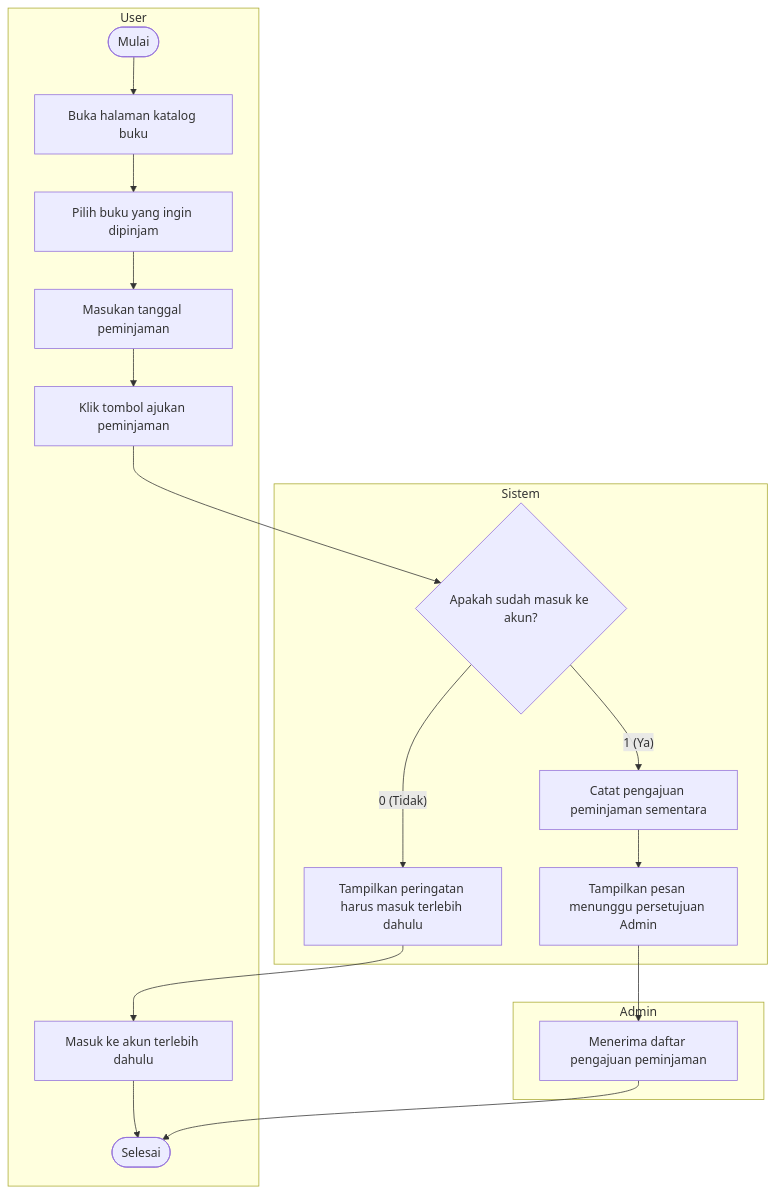
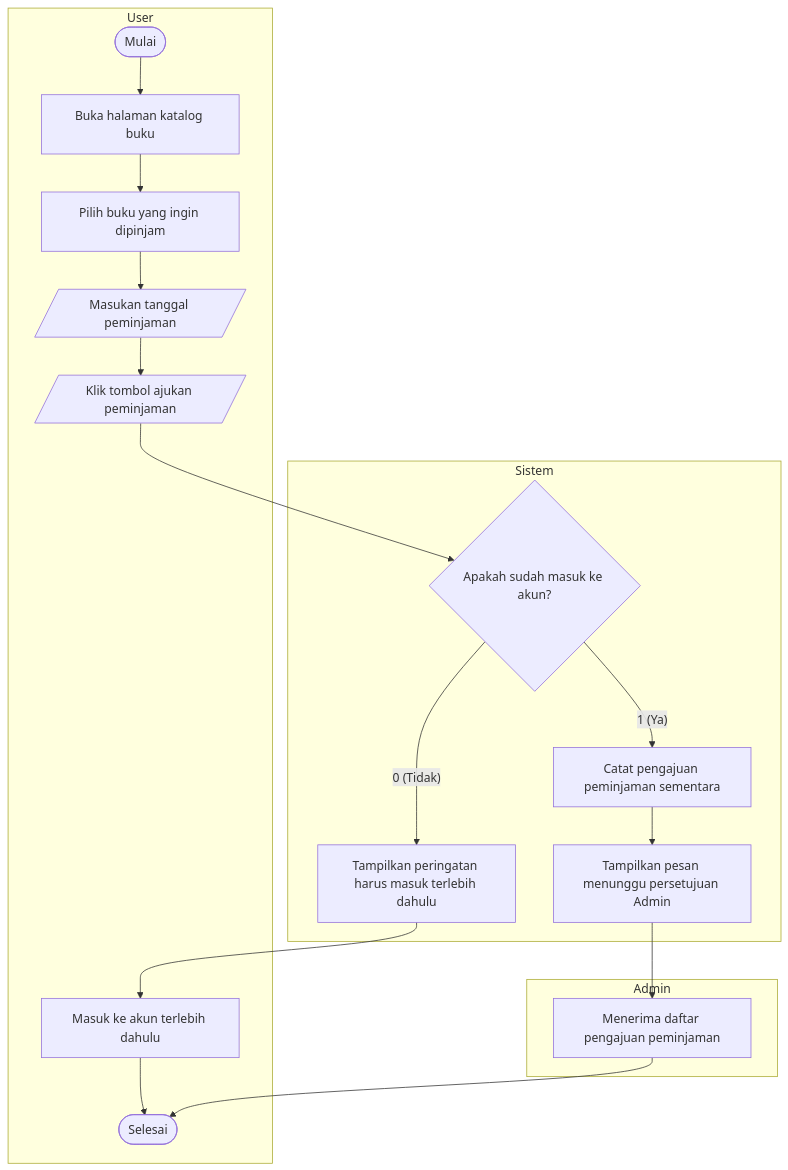
The diagram in docs/uml/src/diagrams/list-diagrams/activity-peminjaman.mmd (dimstyle/ruang-baca), drawn with Mermaid before and after one commit. The commit also changed 78 other files, not shown here.

Commit message:
docs(uml): use parallelogram shape for input and button actions in flowchart and activity diagrams

```diff
--- a/docs/uml/src/diagrams/list-diagrams/activity-peminjaman.mmd
+++ b/docs/uml/src/diagrams/list-diagrams/activity-peminjaman.mmd
@@ -1,21 +1,21 @@
 flowchart TD
     subgraph User["User"]
         start(["Mulai"]) --> openCatalog["Buka halaman katalog buku"]
         openCatalog --> selectBook["Pilih buku yang ingin dipinjam"]
-        selectBook --> inputDate["Masukan tanggal peminjaman"]
-        inputDate --> clickSubmit["Klik tombol ajukan peminjaman"]
+        selectBook --> inputDate[/"Masukan tanggal peminjaman"/]
+        inputDate --> clickSubmit[/"Klik tombol ajukan peminjaman"/]
         toLogin["Masuk ke akun terlebih dahulu"] --> finish(["Selesai"])
     end
 
     subgraph Sistem["Sistem"]
         clickSubmit --> checkLogged{"Apakah sudah masuk ke akun?"}
         checkLogged -->|"0 (Tidak)"| warnLogin["Tampilkan peringatan harus masuk terlebih dahulu"]
         warnLogin --> toLogin
         checkLogged -->|"1 (Ya)"| saveTemp["Catat pengajuan peminjaman sementara"]
         saveTemp --> submitted["Tampilkan pesan menunggu persetujuan Admin"]
     end
 
     subgraph Admin["Admin"]
         submitted --> waitApprove["Menerima daftar pengajuan peminjaman"]
         waitApprove --> finish
     end
```
